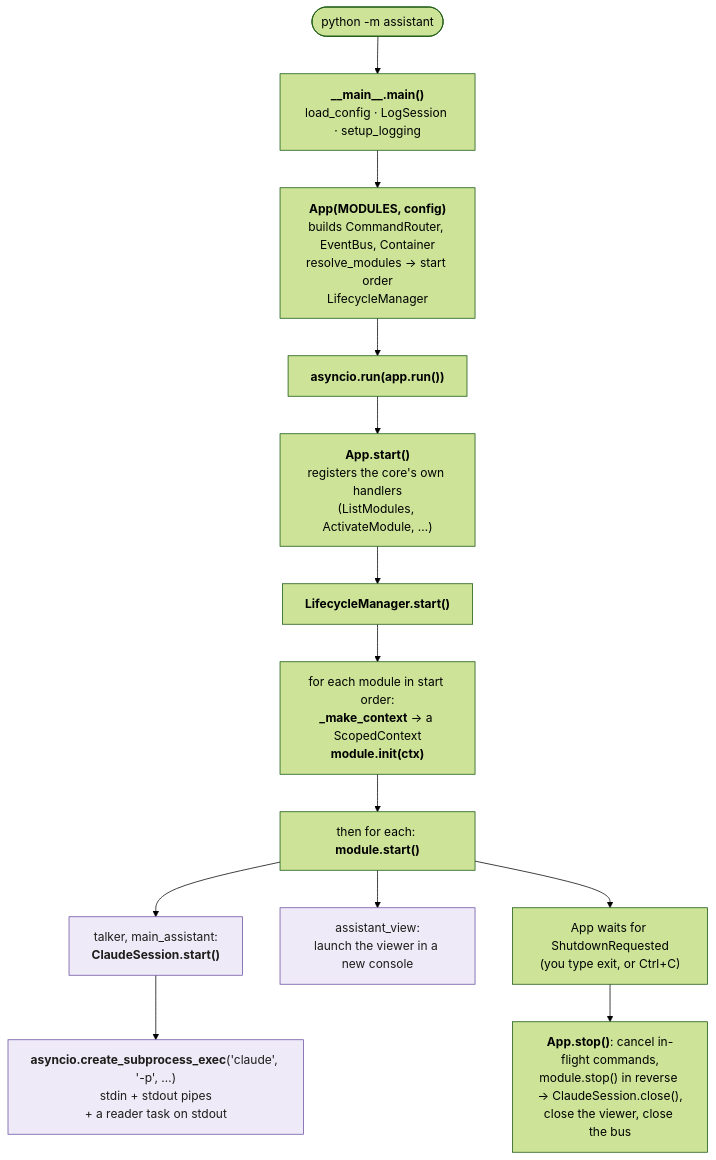
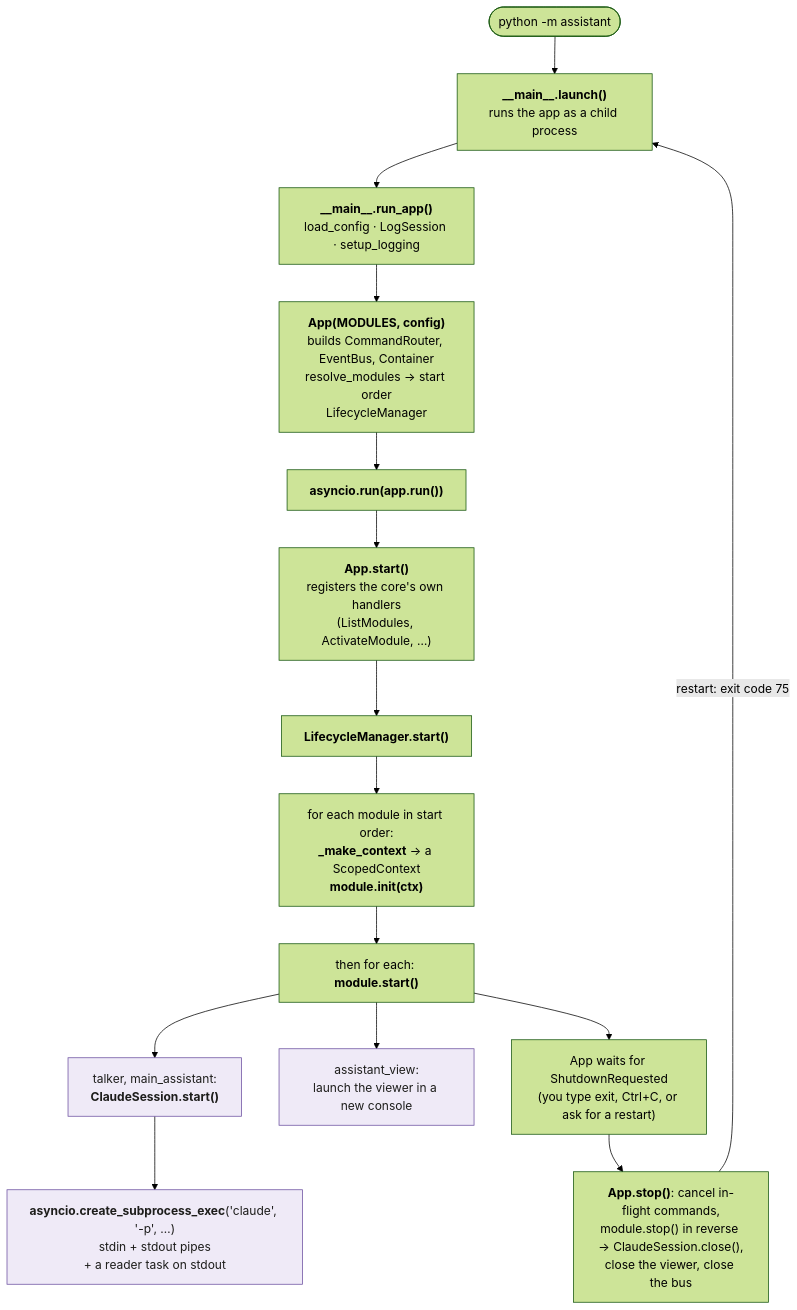
One commit to sharramon/AI_Assistant changed the third of 11 diagrams in docs/agents/runtime.md. Above: the diagram before and after it, drawn with Mermaid (forest theme). The commit also changed other lines of this file and 35 other files, not shown here.

Commit message:
Docs: module pages, module library, architecture and API updates

````diff
--- a/docs/agents/runtime.md
+++ b/docs/agents/runtime.md
@@ -97,18 +98,20 @@
 ```mermaid
 flowchart TB
-    Run(["python -m assistant"]) --> Main["<b>__main__.main()</b><br/>load_config · LogSession · setup_logging"]
+    Run(["python -m assistant"]) --> Launch["<b>__main__.launch()</b><br/>runs the app as a child process"]
+    Launch --> Main["<b>__main__.run_app()</b><br/>load_config · LogSession · setup_logging"]
     Main --> AppNew["<b>App(MODULES, config)</b><br/>builds CommandRouter, EventBus, Container<br/>resolve_modules → start order<br/>LifecycleManager"]
     AppNew --> AppRun["<b>asyncio.run(app.run())</b>"]
     AppRun --> AppStart["<b>App.start()</b><br/>registers the core's own handlers<br/>(ListModules, ActivateModule, …)"]
     AppStart --> LStart["<b>LifecycleManager.start()</b>"]
     LStart --> Ctx["for each module in start order:<br/><b>_make_context</b> → a ScopedContext<br/><b>module.init(ctx)</b>"]
     Ctx --> Start["then for each: <b>module.start()</b>"]
     Start --> CS["talker, main_assistant:<br/><b>ClaudeSession.start()</b>"]
     Start --> VS["assistant_view:<br/>launch the viewer in a new console"]
     CS --> Spawn["<b>asyncio.create_subprocess_exec</b>('claude', '-p', …)<br/>stdin + stdout pipes<br/>+ a reader task on stdout"]
-    Start --> Wait["App waits for ShutdownRequested<br/>(you type exit, or Ctrl+C)"]
+    Start --> Wait["App waits for ShutdownRequested<br/>(you type exit, Ctrl+C, or ask for a restart)"]
     Wait --> Stop["<b>App.stop()</b>: cancel in-flight commands,<br/>module.stop() in reverse → ClaudeSession.close(),<br/>close the viewer, close the bus"]
+    Stop -- "restart: exit code 75" --> Launch
 
     classDef new fill:#efeaf7,stroke:#6b4fa0,color:#1d1d1b
     class CS,VS,Spawn new
 ```
````
